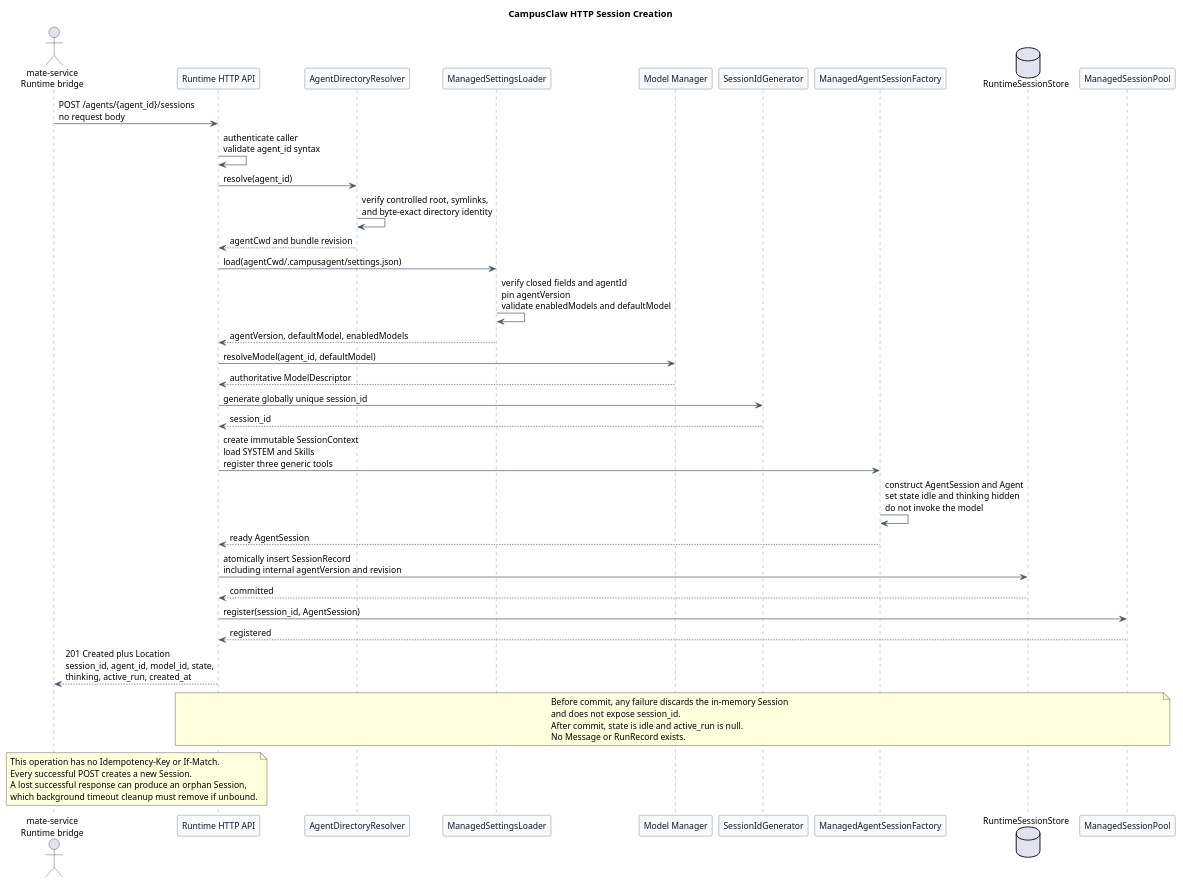
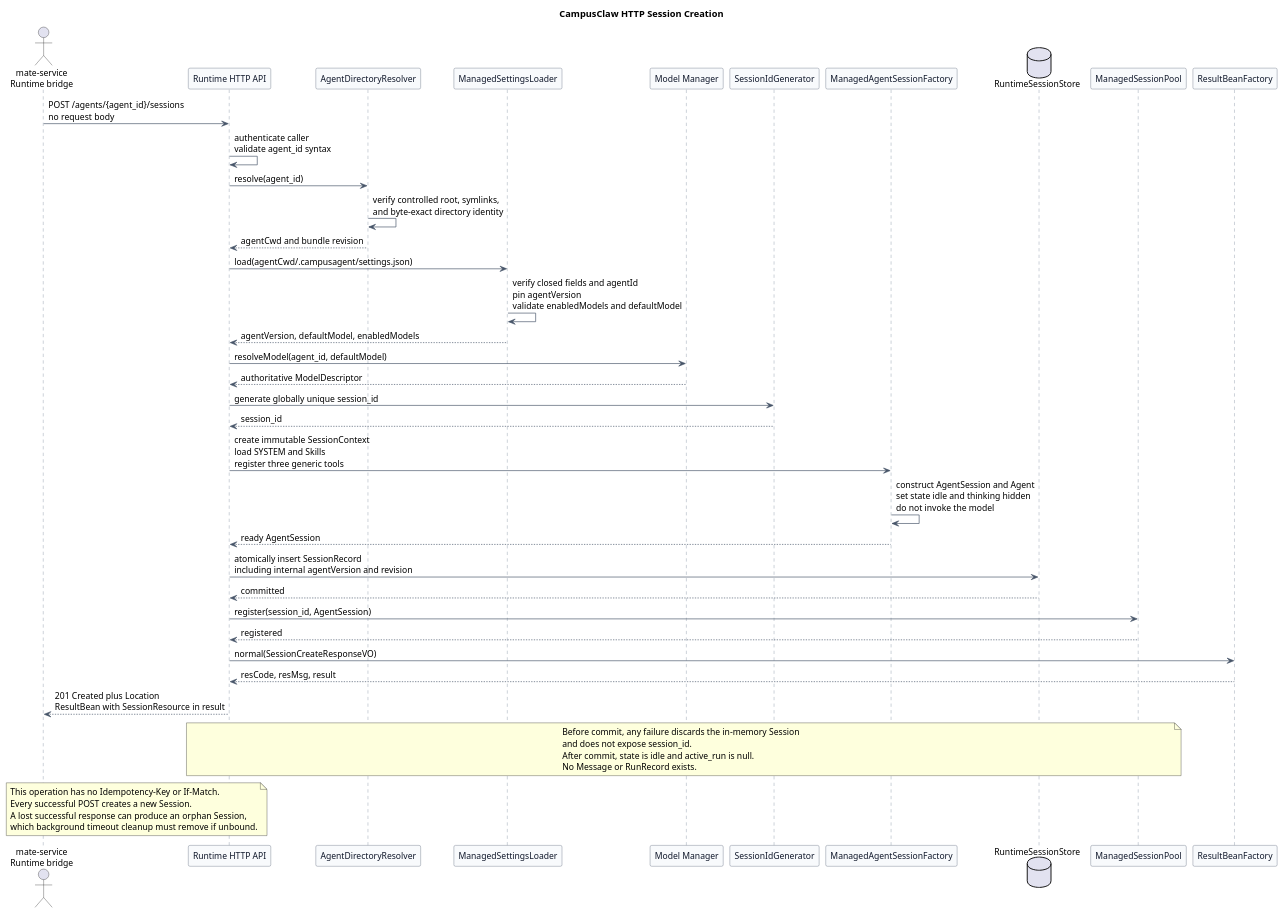
One commit to ssm0808/pi-mono-java-design changed the tenth of 11 diagrams in pi-mono-java-manager-driven-multi-agent-runtime/diagram.puml. Above: the diagram before and after it, drawn with PlantUML. The commit also changed other lines of this file and 5 other files, not shown here.

Commit message:
docs: align session API with result bean

```diff
--- a/pi-mono-java-manager-driven-multi-agent-runtime/diagram.puml
+++ b/pi-mono-java-manager-driven-multi-agent-runtime/diagram.puml
@@ -996,76 +996,79 @@
 @startuml http_session_creation
 title CampusClaw HTTP Session Creation
 
 ' Source evidence:
 ' pi-mono-java modules/coding-agent-cli/src/main/java/com/campusclaw/codingagent/session/AgentSession.java: initialize
 ' pi-mono-java modules/coding-agent-cli/src/main/java/com/campusclaw/codingagent/context/ContextFileLoader.java: loadSystemPrompt
 ' pi-mono-java modules/coding-agent-cli/src/main/java/com/campusclaw/codingagent/skill/SkillPromptFormatter.java: format
 ' Observed behavior: AgentSession initialization resolves a model, loads context and skills, and creates an Agent.
 ' Observed behavior: initialization does not itself invoke the model or create a Run.
 ' Target design: mate-service supplies only agent_id and CampusClaw generates session_id.
 ' Target design: Managed settings chooses a default candidate and Model Manager remains authoritative.
 ' Target design: a successful POST returns a ready SessionResource without internal version fields.
 ' Design reason: keep Agent selection caller-visible while Runtime identity and revision stay server-owned.
 
 skinparam backgroundColor #FFFFFF
 skinparam shadowing false
 skinparam defaultFontName Arial
 skinparam defaultFontSize 13
 skinparam participant {
   BackgroundColor #F8FAFC
   BorderColor #475569
   FontColor #0F172A
 }
 skinparam ArrowColor #475569
 skinparam sequence {
   LifeLineBorderColor #64748B
   LifeLineBackgroundColor #F8FAFC
   GroupBorderColor #94A3B8
   GroupBackgroundColor #F8FAFC
 }
 
 actor "mate-service\nRuntime bridge" as Mate
 participant "Runtime HTTP API" as API
 participant "AgentDirectoryResolver" as Resolver
 participant "ManagedSettingsLoader" as Settings
 participant "Model Manager" as Models
 participant "SessionIdGenerator" as Ids
 participant "ManagedAgentSessionFactory" as Factory
 database "RuntimeSessionStore" as Store
 participant "ManagedSessionPool" as Pool
+participant "ResultBeanFactory" as ResultFactory
 
 Mate -> API : POST /agents/{agent_id}/sessions\nno request body
 API -> API : authenticate caller\nvalidate agent_id syntax
 API -> Resolver : resolve(agent_id)
 Resolver -> Resolver : verify controlled root, symlinks,\nand byte-exact directory identity
 Resolver --> API : agentCwd and bundle revision
 API -> Settings : load(agentCwd/.campusagent/settings.json)
 Settings -> Settings : verify closed fields and agentId\npin agentVersion\nvalidate enabledModels and defaultModel
 Settings --> API : agentVersion, defaultModel, enabledModels
 API -> Models : resolveModel(agent_id, defaultModel)
 Models --> API : authoritative ModelDescriptor
 API -> Ids : generate globally unique session_id
 Ids --> API : session_id
 API -> Factory : create immutable SessionContext\nload SYSTEM and Skills\nregister three generic tools
 Factory -> Factory : construct AgentSession and Agent\nset state idle and thinking hidden\ndo not invoke the model
 Factory --> API : ready AgentSession
 API -> Store : atomically insert SessionRecord\nincluding internal agentVersion and revision
 Store --> API : committed
 API -> Pool : register(session_id, AgentSession)
 Pool --> API : registered
-API --> Mate : 201 Created plus Location\nsession_id, agent_id, model_id, state,\nthinking, active_run, created_at
+API -> ResultFactory : normal(SessionCreateResponseVO)
+ResultFactory --> API : resCode, resMsg, result
+API --> Mate : 201 Created plus Location\nResultBean with SessionResource in result
 
 note over API,Pool
 Before commit, any failure discards the in-memory Session
 and does not expose session_id.
 After commit, state is idle and active_run is null.
 No Message or RunRecord exists.
 end note
 
 note over Mate,API
 This operation has no Idempotency-Key or If-Match.
 Every successful POST creates a new Session.
 A lost successful response can produce an orphan Session,
 which background timeout cleanup must remove if unbound.
 end note
 @enduml
```
